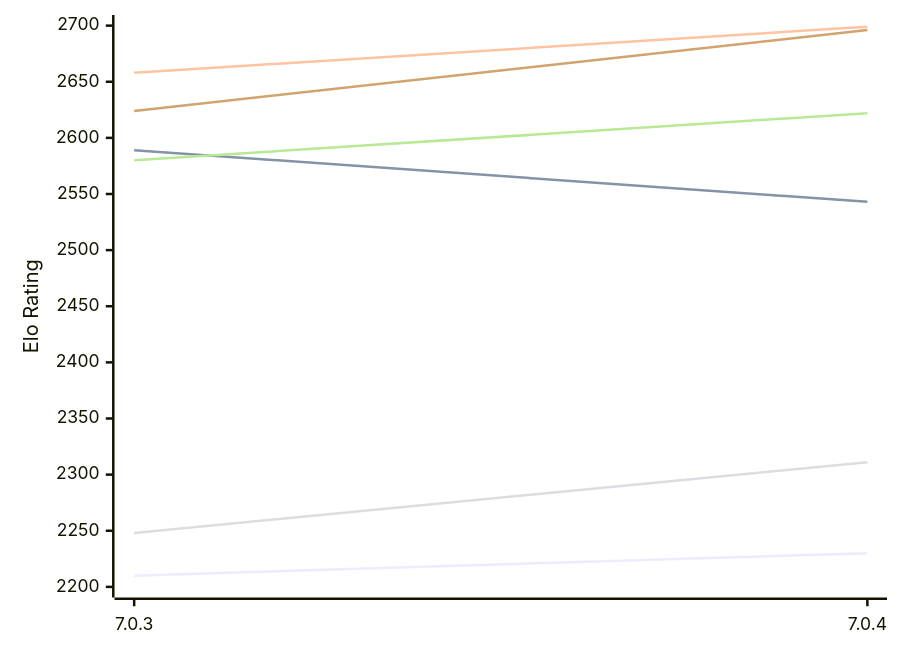
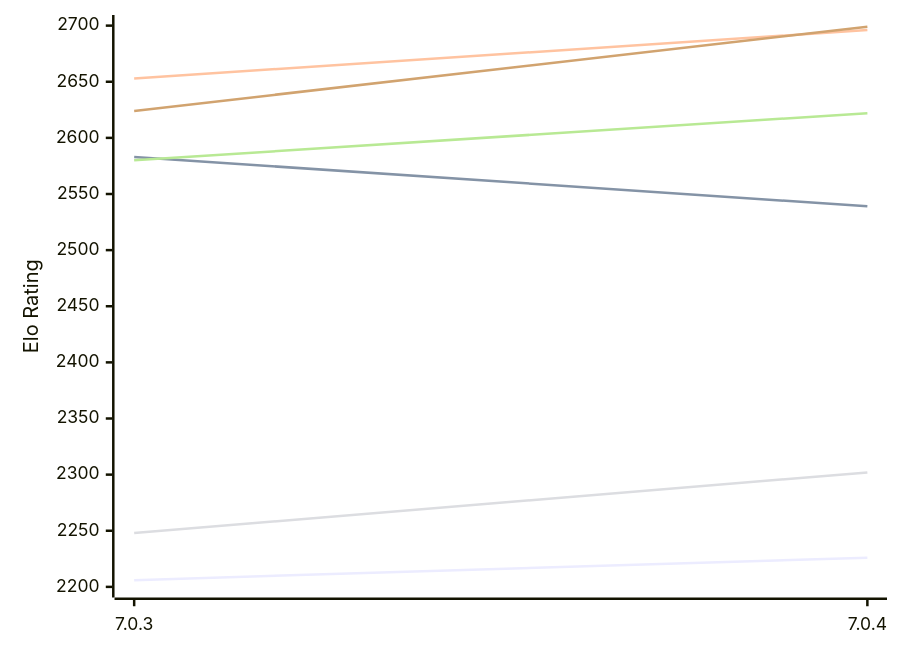
The diagram in engines/Buster.md (computer-chess-index/cci), drawn with Mermaid before and after one commit. The commit also changed other lines of this file, not shown here.

Commit message:
Update CCI Ratings (ELO VLTC) - 2026-11-09

````diff
--- a/engines/Buster.md
+++ b/engines/Buster.md
@@ -49,12 +49,12 @@
 ```mermaid
 %%{init: {"theme":"base","themeVariables":{"seriesColors:['#a3a3a3','#222221','#faa371']}}}%%
 xychart-beta
   x-axis ["7.0.3", "7.0.4"]
   y-axis "Elo Rating" 2200 --> 2700
-  line "E1: STC (8.0+0.08s)" [2210, 2230]
-  line "E1: LTC (60.0+0.60s)" [2589, 2543]
-  line "E1: VLTC (2m24s+1.12s)" [2658, 2699]
-  line "P1: STC (8.0+0.08s)" [2248, 2311]
+  line "E1: STC (8.0+0.08s)" [2206, 2226]
+  line "E1: LTC (60.0+0.60s)" [2583, 2539]
+  line "E1: VLTC (2m24s+1.12s)" [2653, 2696]
+  line "P1: STC (8.0+0.08s)" [2248, 2302]
   line "P1: LTC (60.0+0.60s)" [2580, 2622]
-  line "P1: VLTC (2m24s+1.12s)" [2624, 2696]
+  line "P1: VLTC (2m24s+1.12s)" [2624, 2699]
 ```
````
